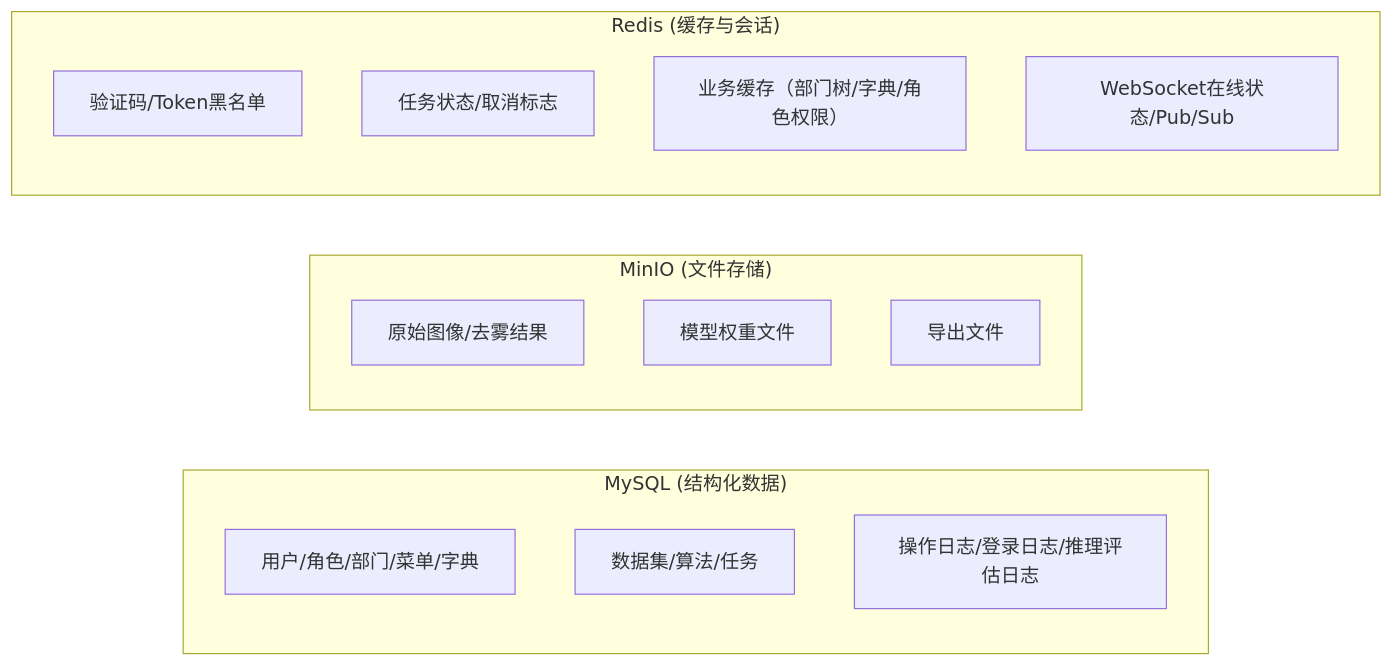
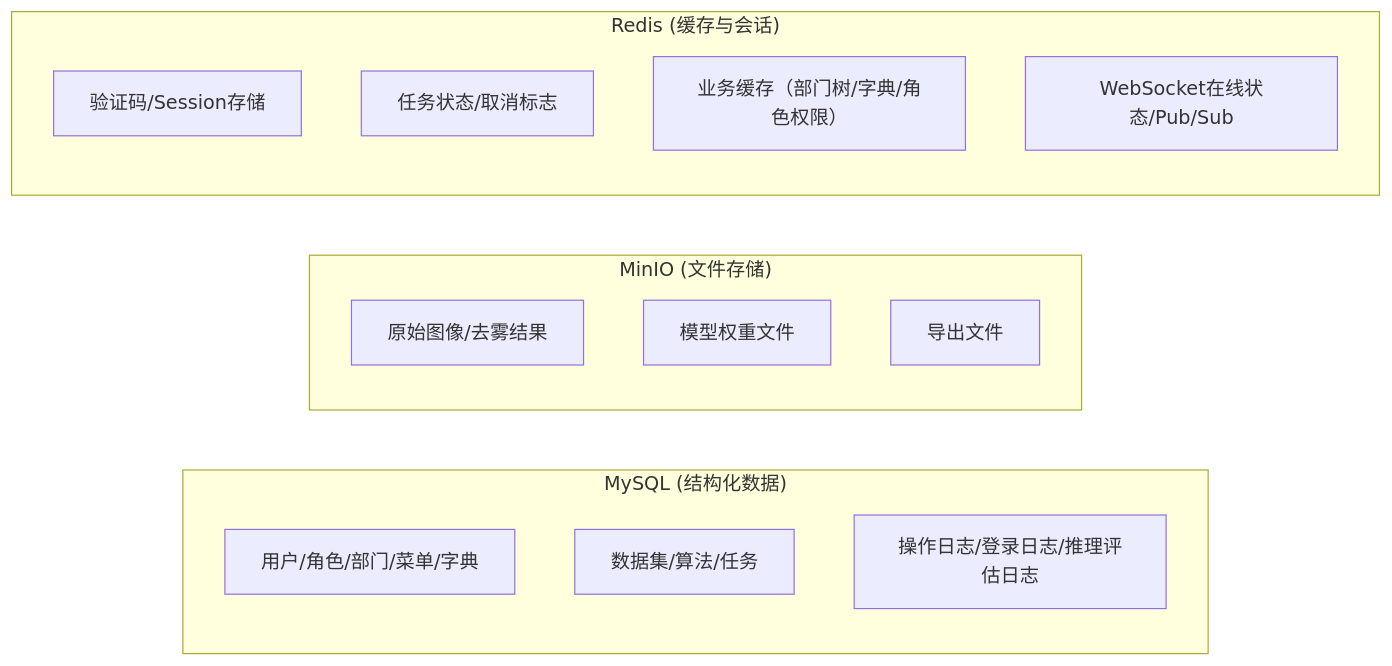
The fifth of 15 diagrams in dehaze-doc/docs/04-项目实现/后端/03-Python算法服务架构文档.md (earthy-zinc/dehaze-system), drawn with Mermaid before and after one commit. The commit also changed other lines of this file and 10 other files, not shown here.

````diff
--- a/dehaze-doc/docs/04-项目实现/后端/03-Python算法服务架构文档.md
+++ b/dehaze-doc/docs/04-项目实现/后端/03-Python算法服务架构文档.md
@@ -602,21 +594,21 @@
 ```mermaid
 flowchart LR
     subgraph Relational["MySQL (结构化数据)"]
         User["用户/角色/部门/菜单/字典"]
         Business["数据集/算法/任务"]
         Log["操作日志/登录日志/推理评估日志"]
     end
 
     subgraph Object["MinIO (文件存储)"]
         Image["原始图像/去雾结果"]
         Model["模型权重文件"]
         Export["导出文件"]
     end
 
     subgraph Cache["Redis (缓存与会话)"]
-        Session["验证码/Token黑名单"]
+        Session["验证码/Session存储"]
         Task["任务状态/取消标志"]
         Cache_["业务缓存（部门树/字典/角色权限）"]
         WS["WebSocket在线状态/Pub/Sub"]
     end
 ```
````
